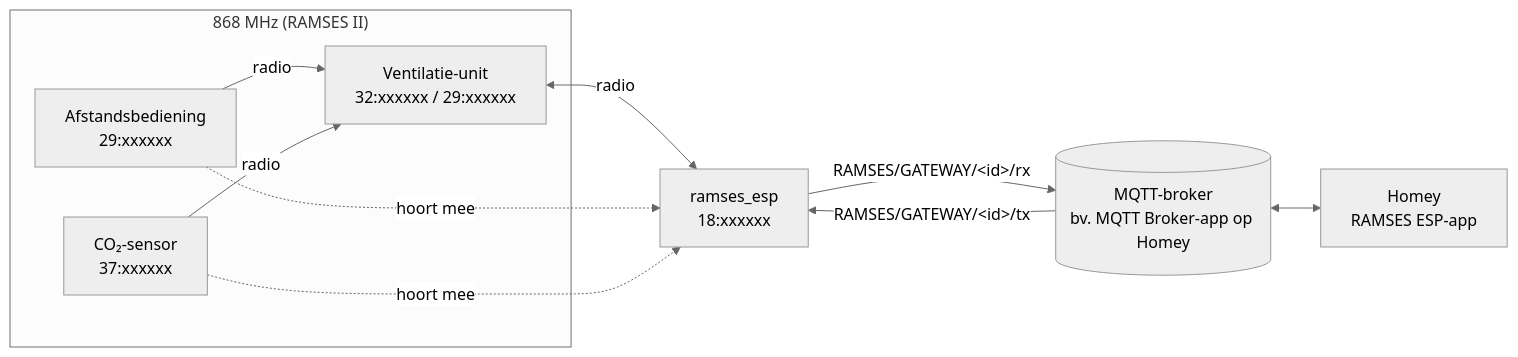
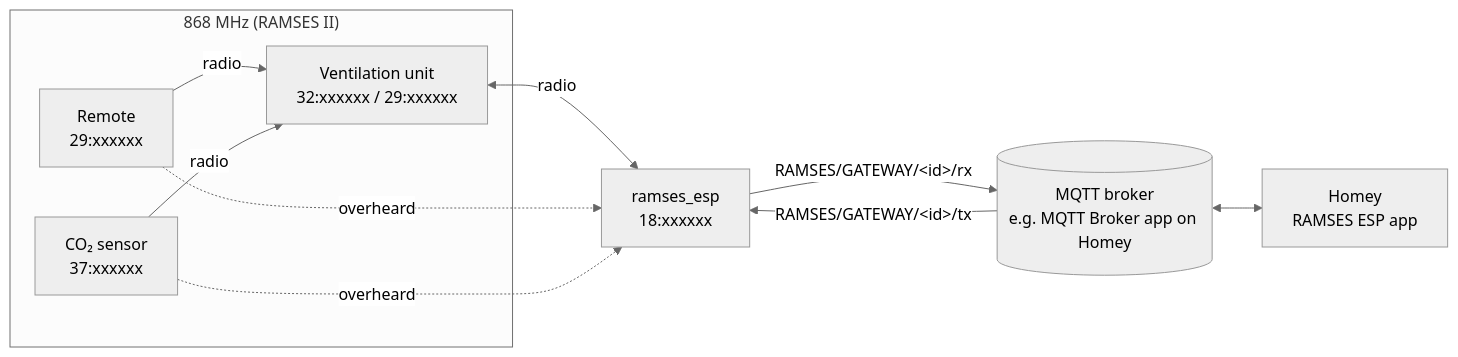
One commit to starredev/homey-ramses-esp changed the diagram in docs/index.md. Above: the diagram before and after it, drawn with Mermaid (neutral theme). The commit also changed other lines of this file and 29 other files, not shown here.

First line of the commit message:
Homey CO2-sensor koppelt als Orcon CO2 15RF

````diff
--- a/docs/index.md
+++ b/docs/index.md
@@ -45,20 +46,20 @@
 ```mermaid
 flowchart LR
-    subgraph Huis["868 MHz (RAMSES II)"]
-        U["Ventilatie-unit<br/>32:xxxxxx / 29:xxxxxx"]
-        R["Afstandsbediening<br/>29:xxxxxx"]
-        S["CO₂-sensor<br/>37:xxxxxx"]
+    subgraph Home["868 MHz (RAMSES II)"]
+        U["Ventilation unit<br/>32:xxxxxx / 29:xxxxxx"]
+        R["Remote<br/>29:xxxxxx"]
+        S["CO₂ sensor<br/>37:xxxxxx"]
     end
     E["ramses_esp<br/>18:xxxxxx"]
-    B[("MQTT-broker<br/>bv. MQTT Broker-app op Homey")]
-    H["Homey<br/>RAMSES ESP-app"]
+    B[("MQTT broker<br/>e.g. MQTT Broker app on Homey")]
+    H["Homey<br/>RAMSES ESP app"]
 
     R -- radio --> U
     S -- radio --> U
     U <-- radio --> E
-    R -. hoort mee .-> E
-    S -. hoort mee .-> E
+    R -. overheard .-> E
+    S -. overheard .-> E
     E -- "RAMSES/GATEWAY/&lt;id&gt;/rx" --> B
     B -- "RAMSES/GATEWAY/&lt;id&gt;/tx" --> E
     B <--> H
 ```
````
